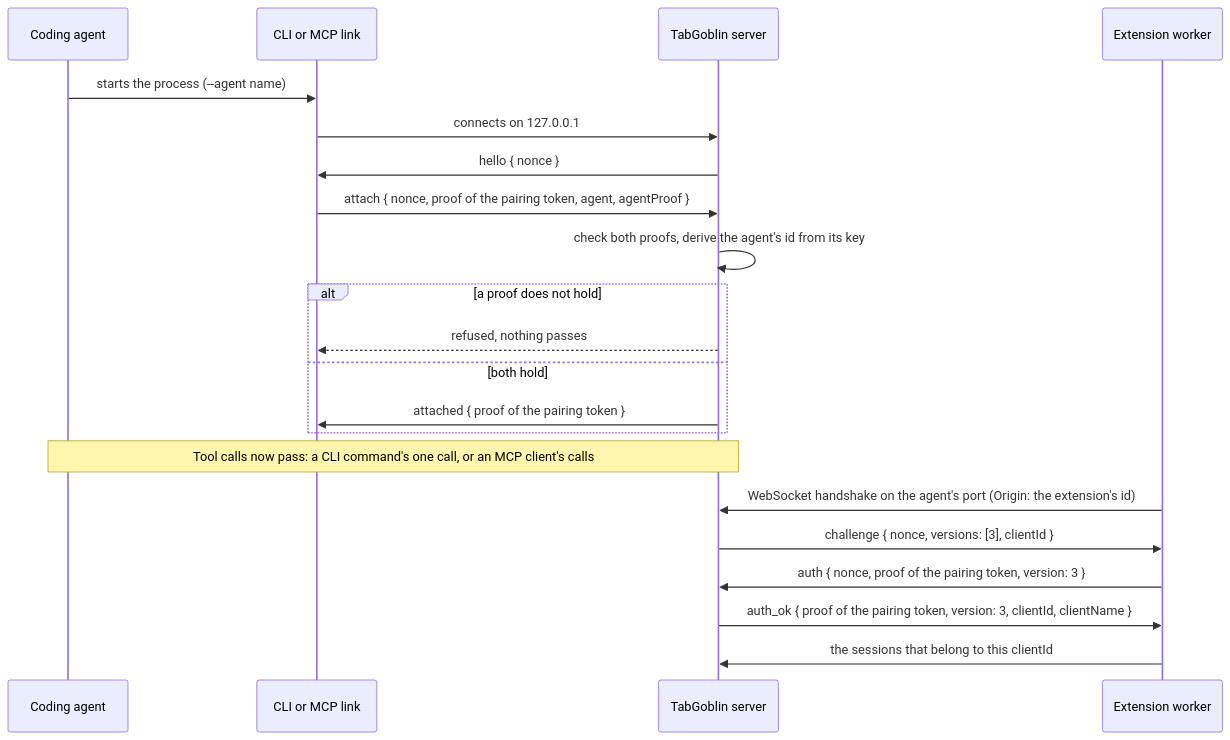
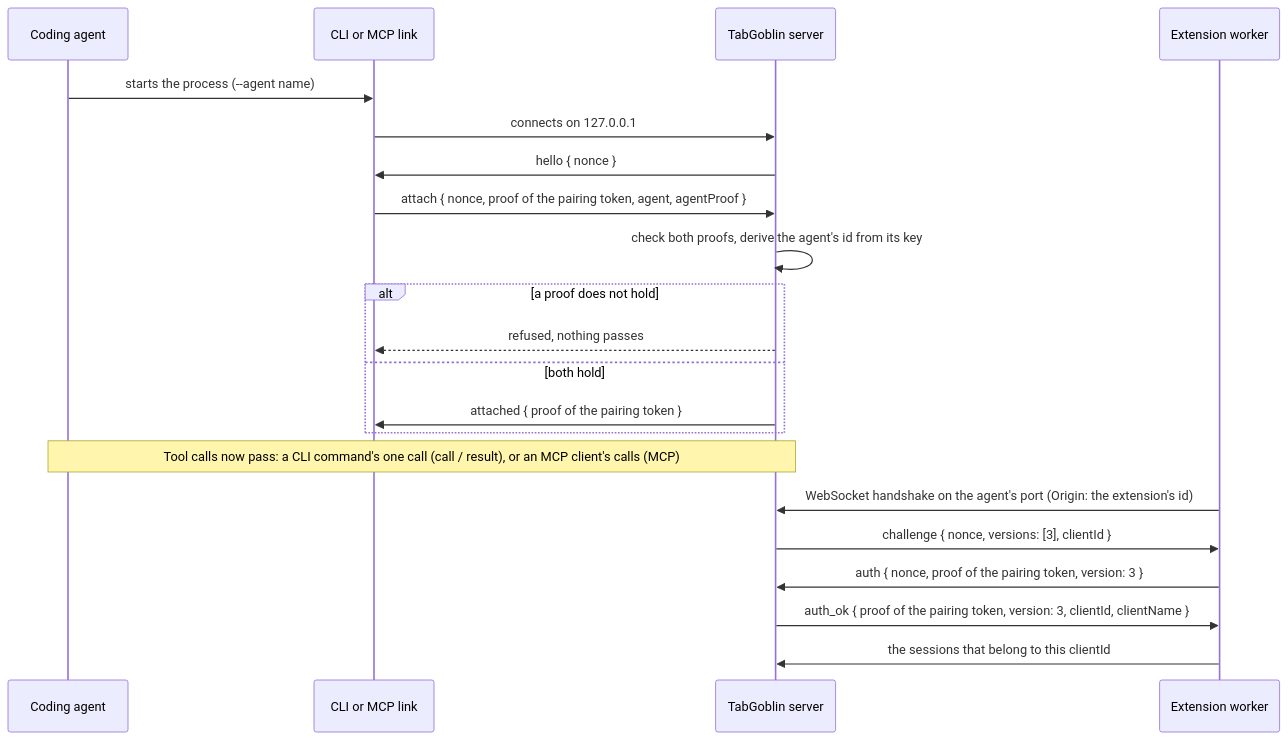
One commit to LaughingManCommits/TabGoblin changed the first of 6 diagrams in docs/architecture.md. Above: the diagram before and after it, drawn with Mermaid. The commit also changed other lines of this file and 39 other files, not shown here.

First line of the commit message:
WP-31: the CLI and MCP side by side, and MCP that can be turned off

````diff
--- a/docs/architecture.md
+++ b/docs/architecture.md
@@ -146,23 +154,23 @@
 ```mermaid
 sequenceDiagram
   participant A as Coding agent
   participant L as CLI or MCP link
   participant S as TabGoblin server
   participant E as Extension worker
   A->>L: starts the process (--agent name)
   L->>S: connects on 127.0.0.1
   S->>L: hello { nonce }
   L->>S: attach { nonce, proof of the pairing token, agent, agentProof }
   S->>S: check both proofs, derive the agent's id from its key
   alt a proof does not hold
     S-->>L: refused, nothing passes
   else both hold
     S->>L: attached { proof of the pairing token }
   end
-  Note over A,S: Tool calls now pass: a CLI command's one call, or an MCP client's calls
+  Note over A,S: Tool calls now pass: a CLI command's one call (call / result), or an MCP client's calls (MCP)
   E->>S: WebSocket handshake on the agent's port (Origin: the extension's id)
   S->>E: challenge { nonce, versions: [3], clientId }
   E->>S: auth { nonce, proof of the pairing token, version: 3 }
   S->>E: auth_ok { proof of the pairing token, version: 3, clientId, clientName }
   E->>S: the sessions that belong to this clientId
 ```
````
